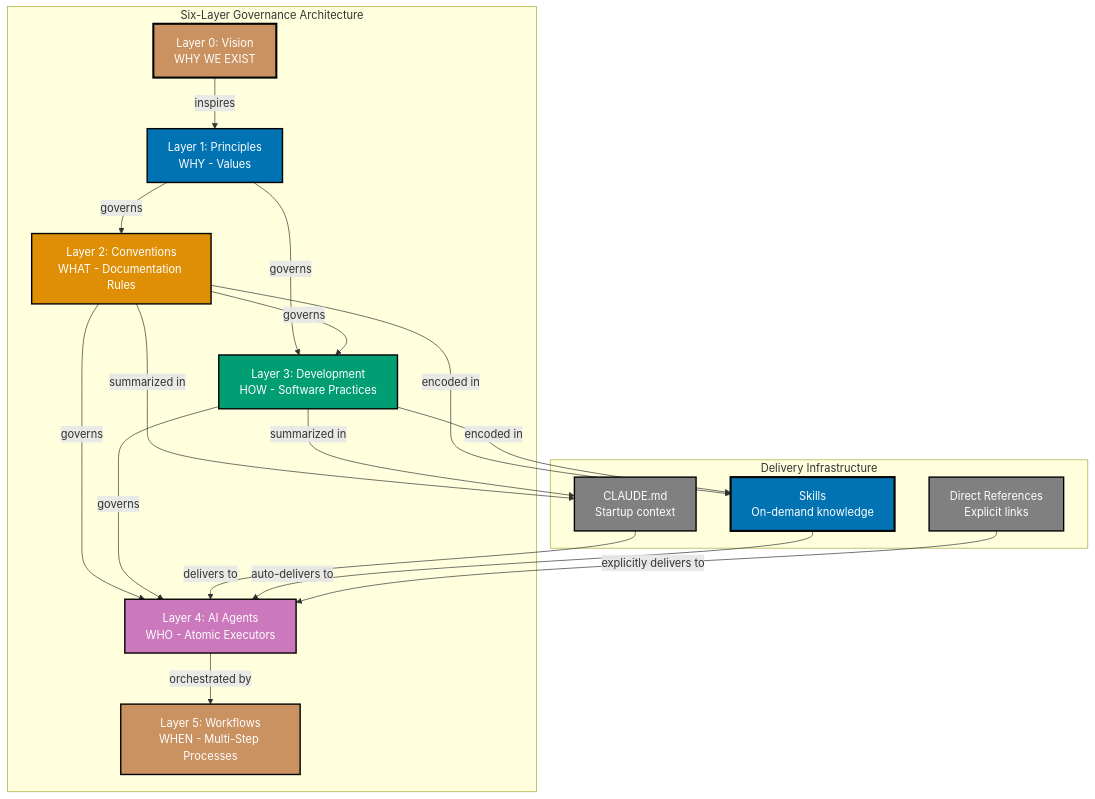
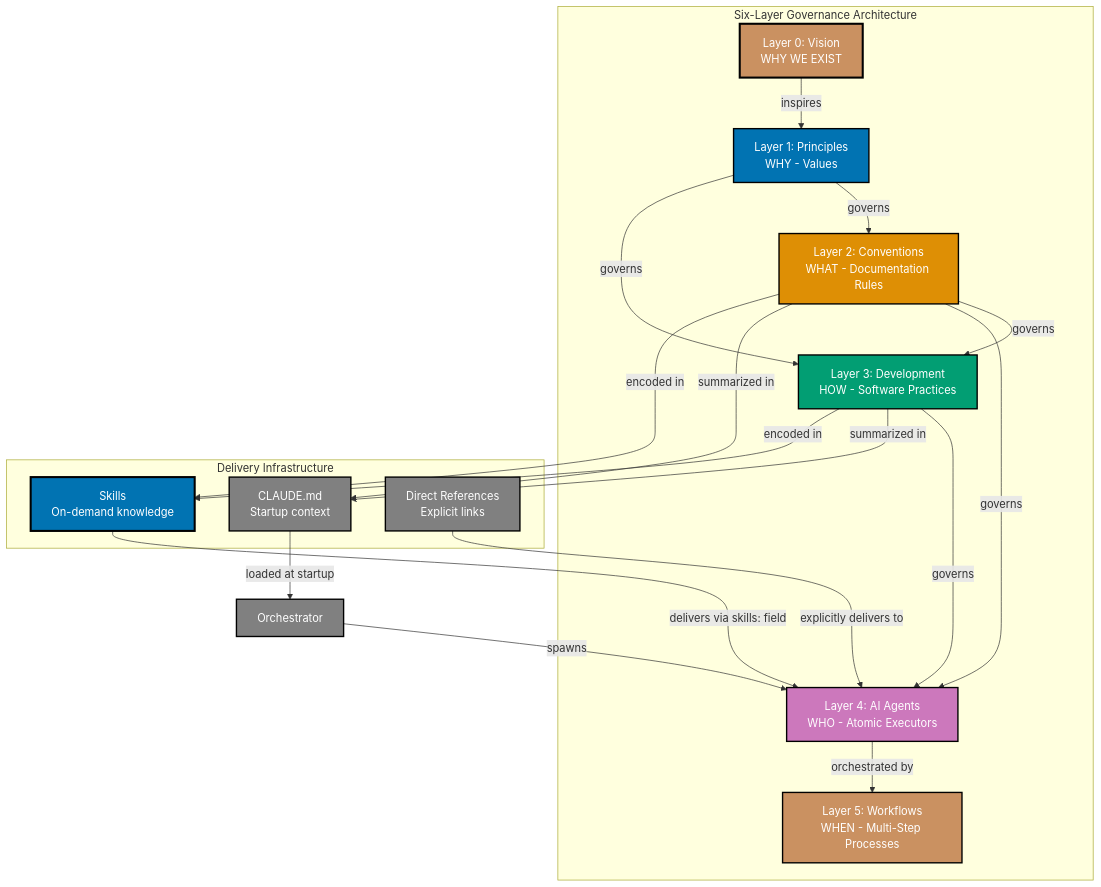
The diagram in docs/explanation/ex__repository-governance-architecture.md (wahidyankf/open-sharia-enterprise), drawn with Mermaid before and after one commit. The commit also changed other lines of this file and 78 other files, not shown here.

````diff
--- a/docs/explanation/ex__repository-governance-architecture.md
+++ b/docs/explanation/ex__repository-governance-architecture.md
@@ -32,44 +32,46 @@
 ```mermaid
 %% Color Palette: Blue #0173B2, Orange #DE8F05, Teal #029E73, Purple #CC78BC, Brown #CA9161, Gray #808080
 graph TD
     subgraph Governance["Six-Layer Governance Architecture"]
         L0[Layer 0: Vision<br/>WHY WE EXIST]
         L1[Layer 1: Principles<br/>WHY - Values]
         L2[Layer 2: Conventions<br/>WHAT - Documentation Rules]
         L3[Layer 3: Development<br/>HOW - Software Practices]
         L4[Layer 4: AI Agents<br/>WHO - Atomic Executors]
         L5[Layer 5: Workflows<br/>WHEN - Multi-Step Processes]
     end
 
     subgraph Delivery["Delivery Infrastructure"]
         CM[CLAUDE.md<br/>Startup context]
         SK[Skills<br/>On-demand knowledge]
         DR[Direct References<br/>Explicit links]
     end
 
     L0 -->|inspires| L1
     L1 -->|governs| L2
     L1 -->|governs| L3
     L2 -->|governs| L3
     L2 -->|governs| L4
     L3 -->|governs| L4
     L4 -->|orchestrated by| L5
 
     L2 -->|summarized in| CM
     L2 -->|encoded in| SK
     L3 -->|summarized in| CM
     L3 -->|encoded in| SK
-    CM -->|delivers to| L4
-    SK -->|auto-delivers to| L4
+    CM -->|loaded at startup| O[Orchestrator]
+    O -->|spawns| L4
+    SK -->|delivers via skills: field| L4
     DR -->|explicitly delivers to| L4
 
     style L0 fill:#CA9161,stroke:#000000,color:#FFFFFF,stroke-width:3px
     style L1 fill:#0173B2,stroke:#000000,color:#FFFFFF,stroke-width:2px
     style L2 fill:#DE8F05,stroke:#000000,color:#FFFFFF,stroke-width:2px
     style L3 fill:#029E73,stroke:#000000,color:#FFFFFF,stroke-width:2px
     style L4 fill:#CC78BC,stroke:#000000,color:#FFFFFF,stroke-width:2px
     style L5 fill:#CA9161,stroke:#000000,color:#FFFFFF,stroke-width:2px
+    style O fill:#808080,stroke:#000000,color:#FFFFFF,stroke-width:2px
     style CM fill:#808080,stroke:#000000,color:#FFFFFF,stroke-width:2px
     style SK fill:#0173B2,stroke:#000000,color:#FFFFFF,stroke-width:3px
     style DR fill:#808080,stroke:#000000,color:#FFFFFF,stroke-width:2px
 ```
````
